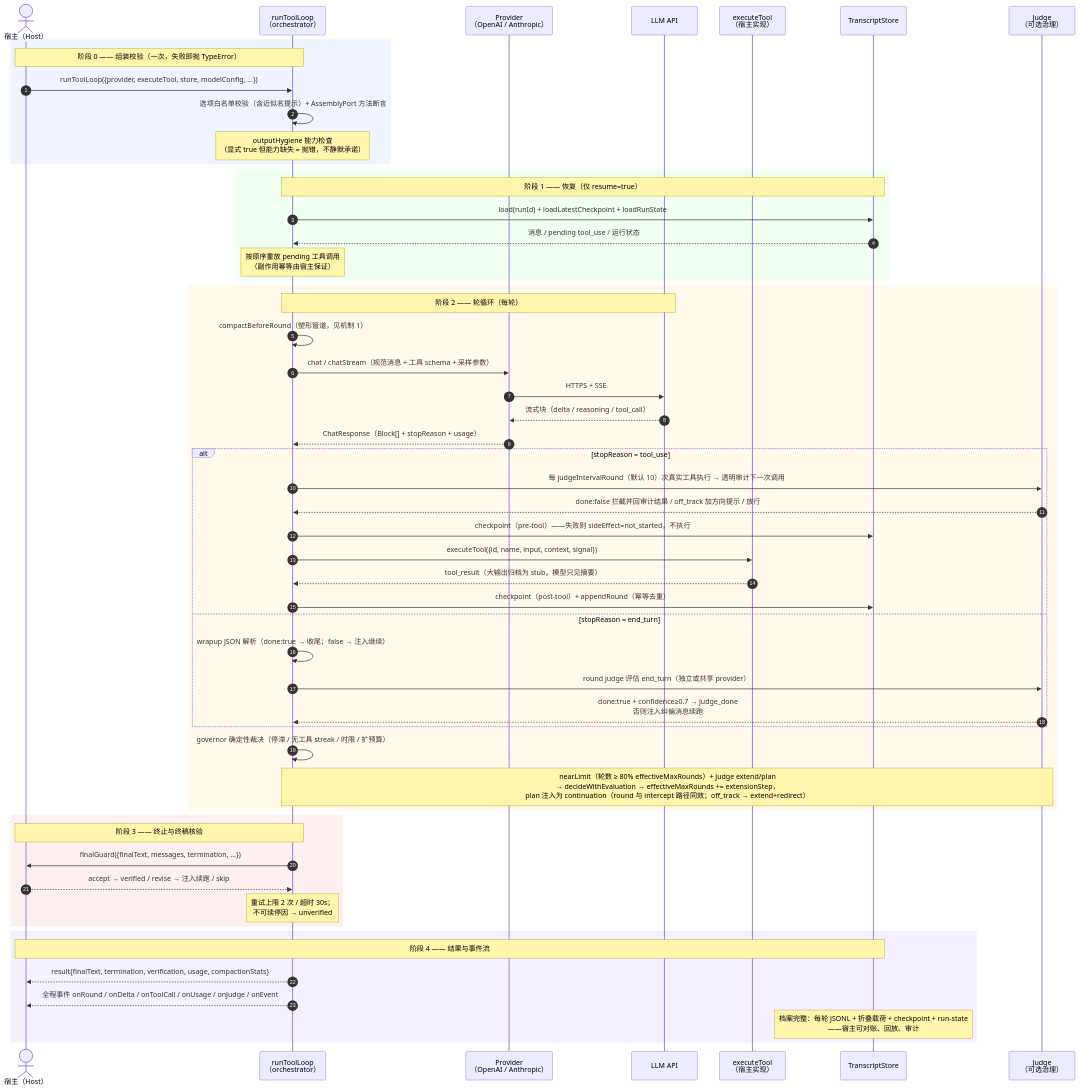
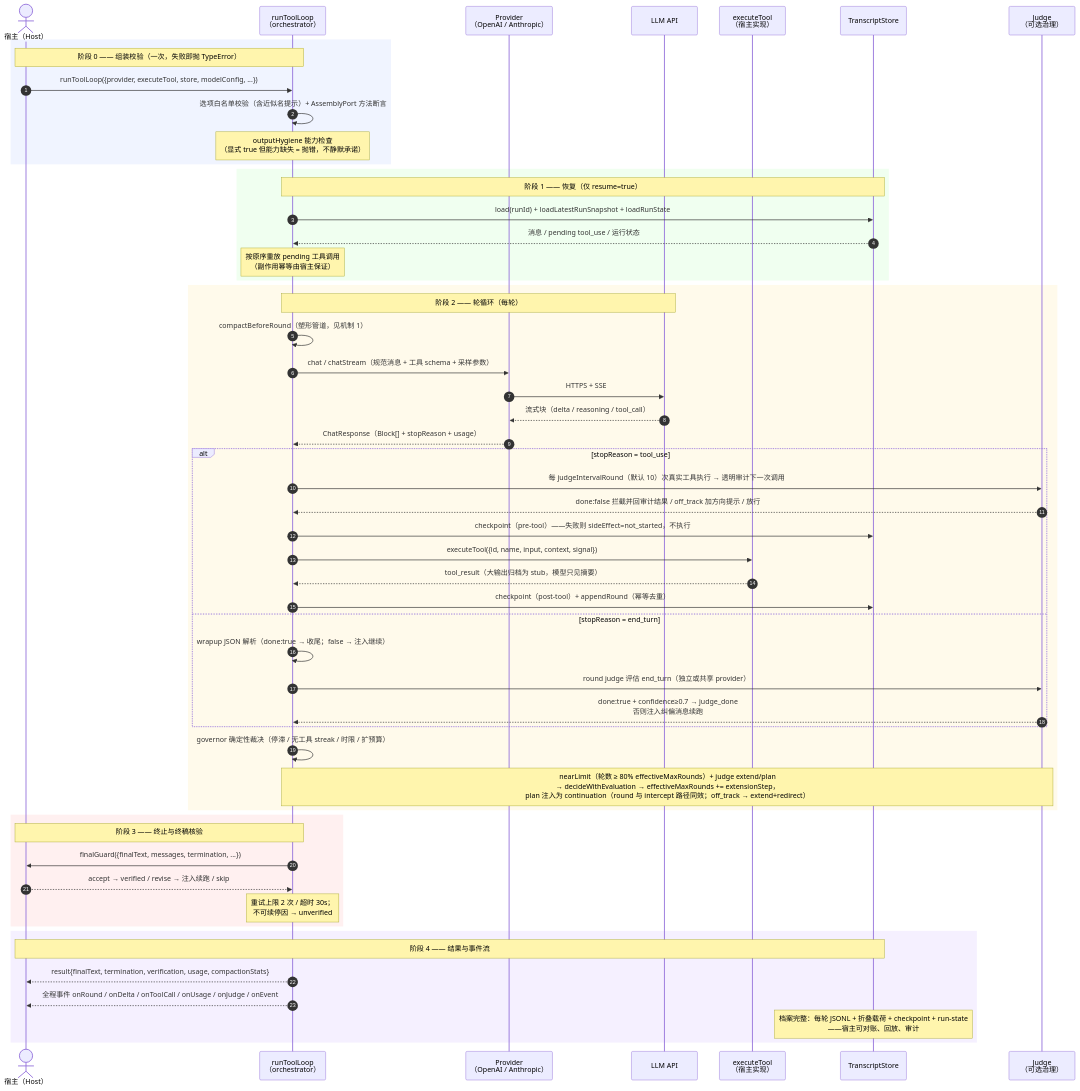
The third of 5 diagrams in docs/charts_cn.md (ErixWong/erix-agent), drawn with Mermaid before and after one commit. The commit also changed other lines of this file and 12 other files, not shown here.

````diff
--- a/docs/charts_cn.md
+++ b/docs/charts_cn.md
@@ -183,62 +183,62 @@
 ```mermaid
 sequenceDiagram
     autonumber
     actor H as 宿主（Host）
     participant L as runToolLoop<br/>（orchestrator）
     participant P as Provider<br/>（OpenAI / Anthropic）
     participant M as LLM API
     participant T as executeTool<br/>（宿主实现）
     participant S as TranscriptStore
     participant J as Judge<br/>（可选治理）
 
     rect rgb(240, 244, 255)
     Note over H,L: 阶段 0 —— 组装校验（一次，失败即抛 TypeError）
     H->>L: runToolLoop({provider, executeTool, store, modelConfig, ...})
     L->>L: 选项白名单校验（含近似名提示）+ AssemblyPort 方法断言
     Note over L: outputHygiene 能力检查<br/>（显式 true 但能力缺失 = 抛错，不静默承诺）
     end
 
     rect rgb(240, 255, 240)
     Note over L,S: 阶段 1 —— 恢复（仅 resume=true）
-    L->>S: load(runId) + loadLatestCheckpoint + loadRunState
+    L->>S: load(runId) + loadLatestRunSnapshot + loadRunState
     S-->>L: 消息 / pending tool_use / 运行状态
     Note over L: 按原序重放 pending 工具调用<br/>（副作用幂等由宿主保证）
     end
 
     rect rgb(255, 250, 235)
     Note over L,M: 阶段 2 —— 轮循环（每轮）
     L->>L: compactBeforeRound（塑形管道，见机制 1）
     L->>P: chat / chatStream（规范消息 + 工具 schema + 采样参数）
     P->>M: HTTPS + SSE
     M-->>P: 流式块（delta / reasoning / tool_call）
     P-->>L: ChatResponse（Block[] + stopReason + usage）
     alt stopReason = tool_use
         L->>J: 每 judgeIntervalRound（默认 10）次真实工具执行 → 透明审计下一次调用
         J-->>L: done:false 拦截并回审计结果 / off_track 加方向提示 / 放行
         L->>S: checkpoint（pre-tool）——失败则 sideEffect=not_started，不执行
         L->>T: executeTool({id, name, input, context, signal})
         T-->>L: tool_result（大输出归档为 stub，模型只见摘要）
         L->>S: checkpoint（post-tool）+ appendRound（幂等去重）
     else stopReason = end_turn
         L->>L: wrapup JSON 解析（done:true → 收尾；false → 注入继续）
         L->>J: round judge 评估 end_turn（独立或共享 provider）
         J-->>L: done:true + confidence≥0.7 → judge_done<br/>否则注入纠偏消息续跑
     end
     L->>L: governor 确定性裁决（停滞 / 无工具 streak / 时限 / 扩预算）
     Note over L,J: nearLimit（轮数 ≥ 80% effectiveMaxRounds）+ judge extend/plan<br/>→ decideWithEvaluation → effectiveMaxRounds += extensionStep，<br/>plan 注入为 continuation（round 与 intercept 路径同效；off_track → extend+redirect）
     end
 
     rect rgb(255, 240, 240)
     Note over H,L: 阶段 3 —— 终止与终稿核验
     L->>H: finalGuard({finalText, messages, termination, ...})
     H-->>L: accept → verified / revise → 注入续跑 / skip
     Note over L: 重试上限 2 次 / 超时 30s；<br/>不可续停因 → unverified
     end
 
     rect rgb(245, 240, 255)
     Note over H,S: 阶段 4 —— 结果与事件流
     L-->>H: result{finalText, termination, verification, usage, compactionStats}
     L-->>H: 全程事件 onRound / onDelta / onToolCall / onUsage / onJudge / onEvent
     Note over S: 档案完整：每轮 JSONL + 折叠载荷 + checkpoint + run-state<br/>——宿主可对账、回放、审计
     end
 ```
````
